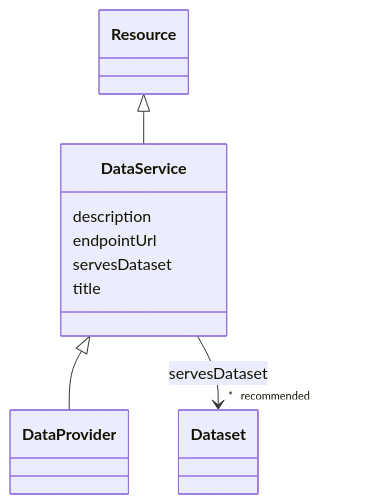
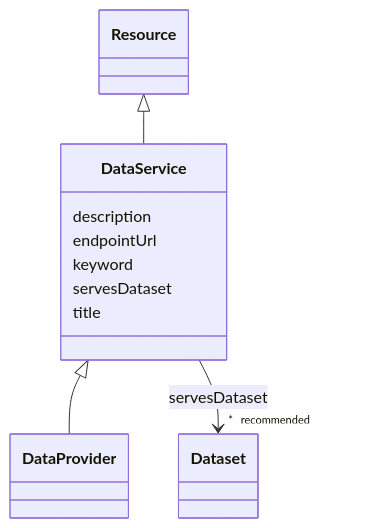
Before and after one commit to EVORA-project/evora-ontology: the diagram in models/docs/DataService.md, drawn with Mermaid. The commit also changed other lines of this file and 402 other files, not shown here.

````diff
--- a/models/docs/DataService.md
+++ b/models/docs/DataService.md
@@ -21,29 +21,31 @@
 ```mermaid
  classDiagram
     class DataService
     click DataService href "../DataService"
       Resource <|-- DataService
         click Resource href "../Resource"
       
 
       DataService <|-- DataProvider
         click DataProvider href "../DataProvider"
       
       
       DataService : description
         
       DataService : endpointUrl
         
+      DataService : keyword
+        
       DataService : servesDataset
         
           
     
     
     DataService --> "* _recommended_" Dataset : servesDataset
     click Dataset href "../Dataset"
 
         
       DataService : title
         
       
 ```
````
